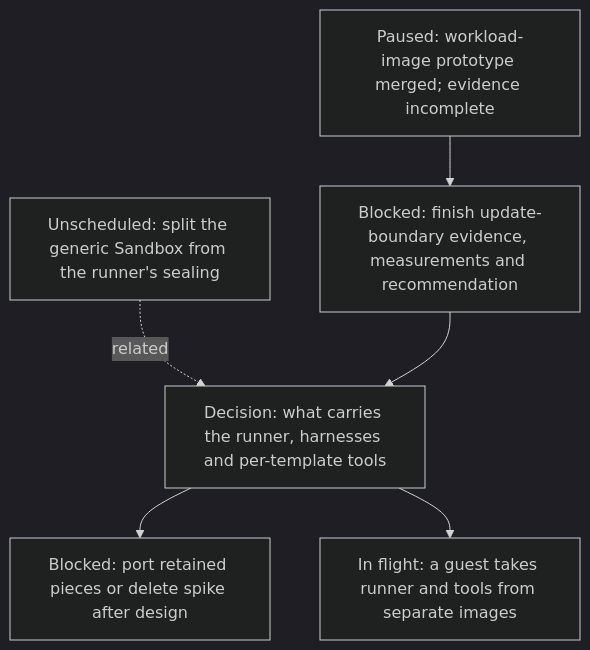
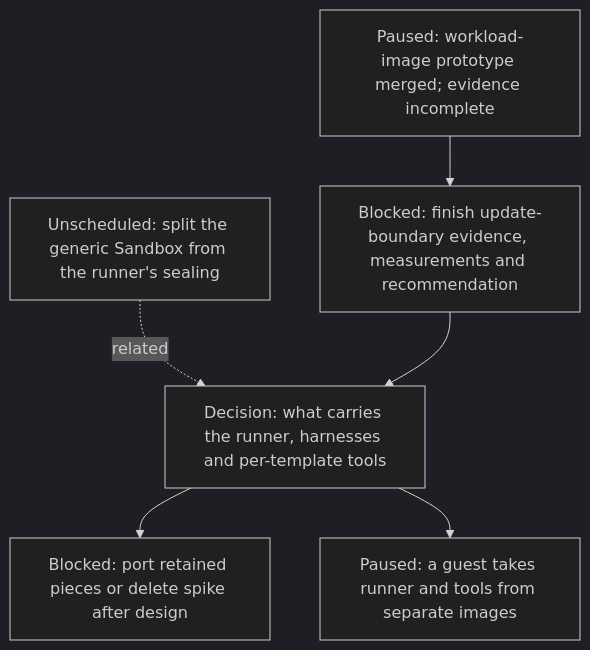
Before and after one commit to agentydragon-agent/ducktape: diagram 11 of 19 in agentplane/plans/task_dag.md, drawn with Mermaid (dark theme). The commit also changed other lines of this file and 7 other files, not shown here.

````diff
--- a/agentplane/plans/task_dag.md
+++ b/agentplane/plans/task_dag.md
@@ -1158,13 +1111,13 @@
 ```mermaid
 flowchart TD
     SANDBOX_GENERIC_SPLIT[Unscheduled: split the generic Sandbox from the runner's sealing]
     RUNNER_IMAGE_LAYERING_DESIGN[Decision: what carries the runner, harnesses and per-template tools]
     RUNNER_LAYERING_SPIKE[Paused: workload-image prototype merged; evidence incomplete]
     RUNNER_LAYERING_SPIKE_EXIT[Blocked: finish update-boundary evidence, measurements and recommendation]
     RUNNER_LAYERING_SPIKE_RETIRE[Blocked: port retained pieces or delete spike after design]
     SANDBOX_GENERIC_SPLIT -. related .-> RUNNER_IMAGE_LAYERING_DESIGN
     RUNNER_LAYERING_SPIKE --> RUNNER_LAYERING_SPIKE_EXIT
     RUNNER_LAYERING_SPIKE_EXIT --> RUNNER_IMAGE_LAYERING_DESIGN
     RUNNER_IMAGE_LAYERING_DESIGN --> RUNNER_LAYERING_SPIKE_RETIRE
-    RUNNER_IMAGE_LAYERING_DESIGN --> RUNNER_LAYERING_VM[In flight: a guest takes runner and tools from separate images]
+    RUNNER_IMAGE_LAYERING_DESIGN --> RUNNER_LAYERING_VM[Paused: a guest takes runner and tools from separate images]
 ```
````
